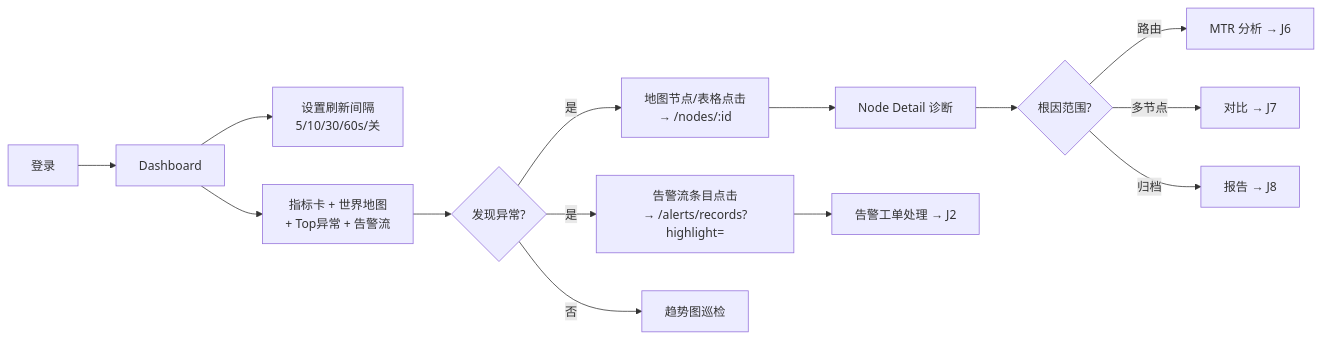
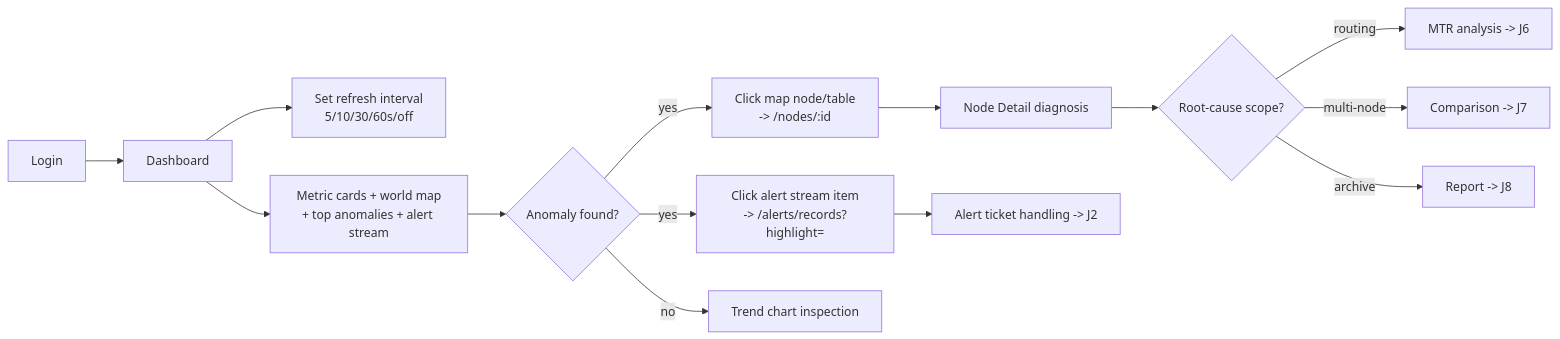
Before and after one commit to whg517/node-pulse: the fourth of 5 diagrams in docs/user-journey.md, drawn with Mermaid. The commit also changed other lines of this file and 10 other files, not shown here.

````diff
--- a/docs/user-journey.md
+++ b/docs/user-journey.md
@@ -481,16 +461,16 @@
 ```mermaid
 flowchart LR
-    A[登录] --> B[Dashboard]
-    B --> C[设置刷新间隔<br/>5/10/30/60s/关]
-    B --> D[指标卡 + 世界地图<br/>+ Top异常 + 告警流]
-    D --> E{发现异常?}
-    E -- 是 --> F[告警流条目点击<br/>→ /alerts/records?highlight=]
-    E -- 是 --> G[地图节点/表格点击<br/>→ /nodes/:id]
-    E -- 否 --> H[趋势图巡检]
-    G --> I[Node Detail 诊断]
-    F --> J[告警工单处理 → J2]
-    I --> K{根因范围?}
-    K -- 路由 --> L[MTR 分析 → J6]
-    K -- 多节点 --> M[对比 → J7]
-    K -- 归档 --> N[报告 → J8]
+    A[Login] --> B[Dashboard]
+    B --> C[Set refresh interval<br/>5/10/30/60s/off]
+    B --> D[Metric cards + world map<br/>+ top anomalies + alert stream]
+    D --> E{Anomaly found?}
+    E -- yes --> F[Click alert stream item<br/>-> /alerts/records?highlight=]
+    E -- yes --> G[Click map node/table<br/>-> /nodes/:id]
+    E -- no --> H[Trend chart inspection]
+    G --> I[Node Detail diagnosis]
+    F --> J[Alert ticket handling -> J2]
+    I --> K{Root-cause scope?}
+    K -- routing --> L[MTR analysis -> J6]
+    K -- multi-node --> M[Comparison -> J7]
+    K -- archive --> N[Report -> J8]
 ```
````
